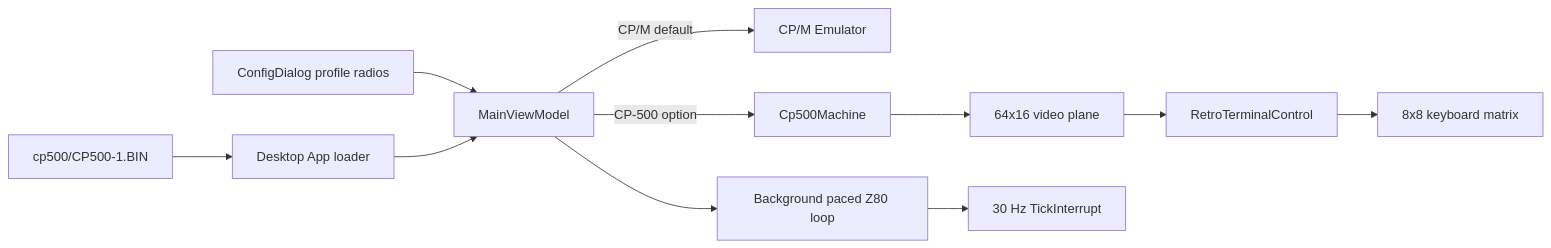
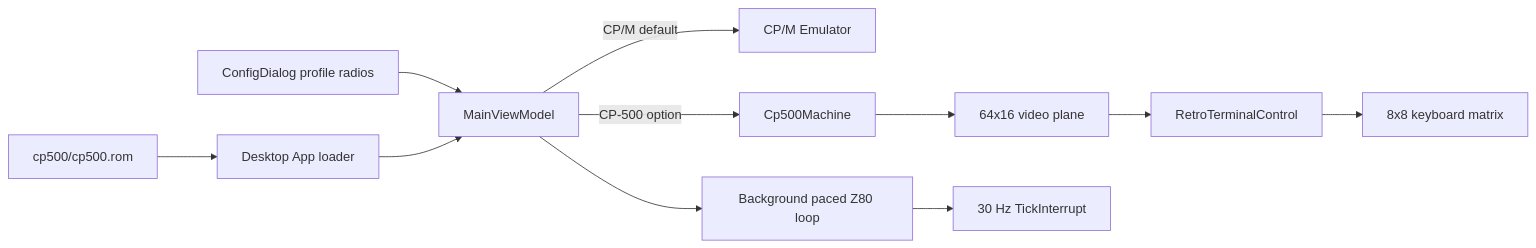
The diagram in lode/cp500/desktop-integration.md (fredimachado/heh8080), drawn with Mermaid before and after one commit. The commit also changed other lines of this file and 31 other files, not shown here.

````diff
--- a/lode/cp500/desktop-integration.md
+++ b/lode/cp500/desktop-integration.md
@@ -16,13 +16,13 @@
 ```mermaid
 flowchart LR
     Dialog[ConfigDialog profile radios] --> VM[MainViewModel]
-    ROM[cp500/CP500-1.BIN] --> Desktop[Desktop App loader]
+    ROM[cp500/cp500.rom] --> Desktop[Desktop App loader]
     Desktop --> VM
     VM -->|CP/M default| Emulator[CP/M Emulator]
     VM -->|CP-500 option| Machine[Cp500Machine]
     Machine --> Video[64x16 video plane]
     Video --> CRT[RetroTerminalControl]
     CRT --> Keyboard[8x8 keyboard matrix]
     VM --> Loop[Background paced Z80 loop]
     Loop --> Heartbeat[30 Hz TickInterrupt]
 ```
````
